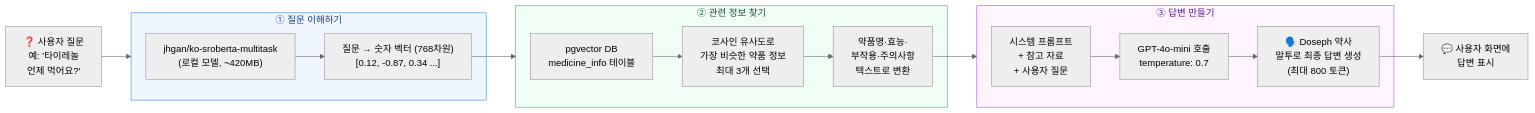
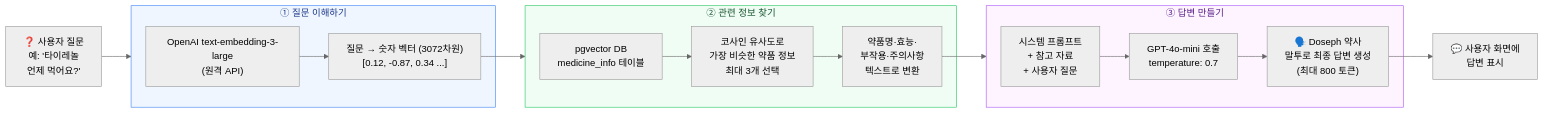
Before and after one commit to kimyeongbin-dev/Doseph: the third of 3 diagrams in docs/FLOWCHART.md, drawn with Mermaid (neutral theme). The commit also changed other lines of this file and 8 other files, not shown here.

````diff
--- a/docs/FLOWCHART.md
+++ b/docs/FLOWCHART.md
@@ -139,34 +139,34 @@
 ```mermaid
 flowchart LR
     Q["❓ 사용자 질문<br />예: '타이레놀<br />언제 먹어요?'"]
 
     subgraph EMBED ["① 질문 이해하기"]
-        E1["jhgan/ko-sroberta-multitask<br />(로컬 모델, ~420MB)"]
-        E2["질문 → 숫자 벡터 (768차원)<br />[0.12, -0.87, 0.34 ...]"]
+        E1["OpenAI text-embedding-3-large<br />(원격 API)"]
+        E2["질문 → 숫자 벡터 (3072차원)<br />[0.12, -0.87, 0.34 ...]"]
         E1 --> E2
     end
 
     subgraph RETRIEVE ["② 관련 정보 찾기"]
         R1["pgvector DB<br />medicine_info 테이블"]
         R2["코사인 유사도로<br />가장 비슷한 약품 정보<br />최대 3개 선택"]
         R3["약품명·효능·<br />부작용·주의사항<br />텍스트로 변환"]
         R1 --> R2 --> R3
     end
 
     subgraph GENERATE ["③ 답변 만들기"]
         G1["시스템 프롬프트<br />+ 참고 자료<br />+ 사용자 질문"]
         G2["GPT-4o-mini 호출<br />temperature: 0.7"]
         G3["🗣️ Doseph 약사<br />말투로 최종 답변 생성<br />(최대 800 토큰)"]
         G1 --> G2 --> G3
     end
 
     Q --> EMBED
     E2 --> RETRIEVE
     R3 --> GENERATE
 
     G3 --> A["💬 사용자 화면에<br />답변 표시"]
 
     style EMBED fill:#eff6ff,stroke:#3b82f6,color:#1e3a8a
     style RETRIEVE fill:#f0fdf4,stroke:#22c55e,color:#14532d
     style GENERATE fill:#fdf4ff,stroke:#a855f7,color:#581c87
 ```
````
